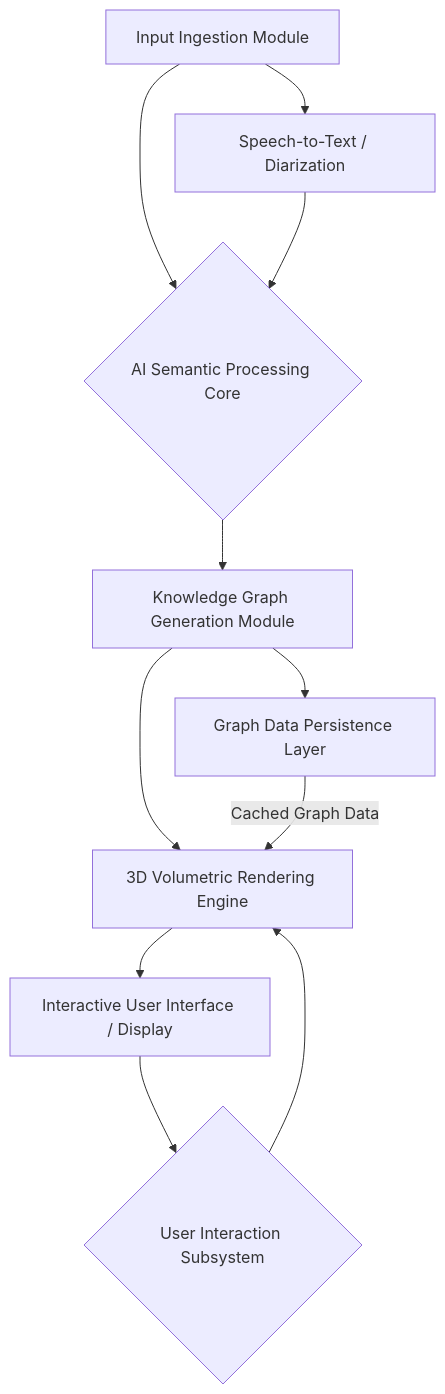
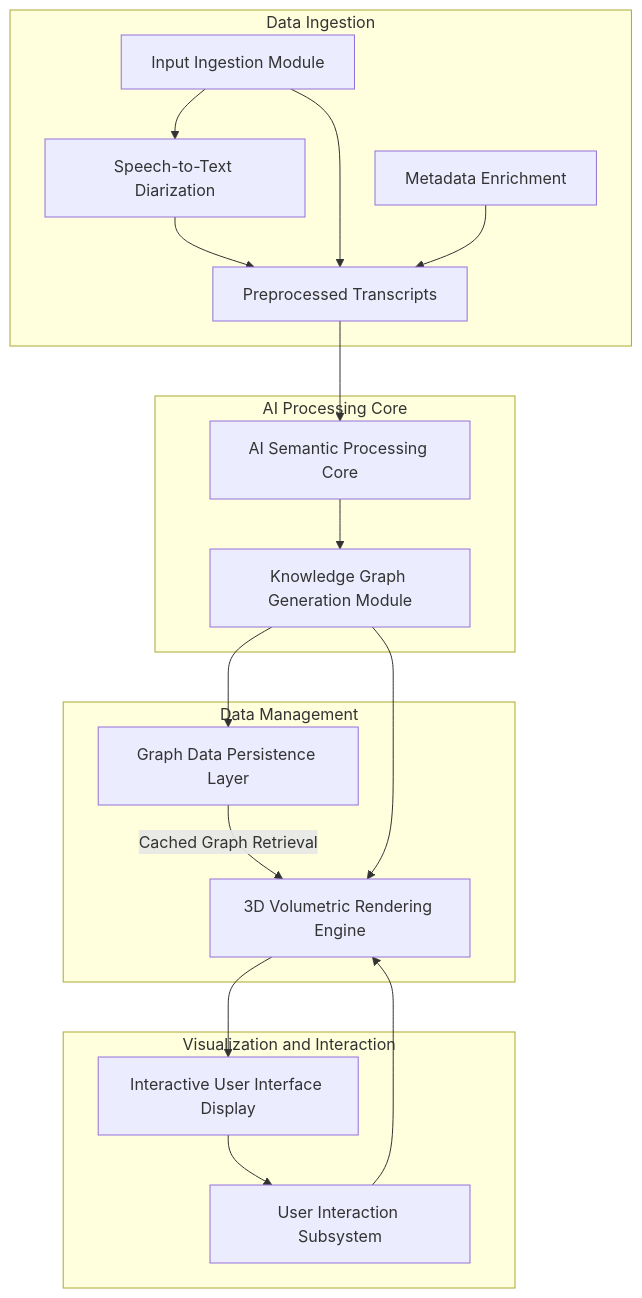
The first of 7 diagrams in inventions/012_holographic_meeting_scribe.md (diplomat-bit/Citibank_Demo_Business_Inc_Demonstration-), drawn with Mermaid before and after one commit. The commit also changed other lines of this file, not shown here.

````diff
--- a/inventions/012_holographic_meeting_scribe.md
+++ b/inventions/012_holographic_meeting_scribe.md
@@ -20,13 +20,26 @@
 ```mermaid
 graph TD
-    A[Input Ingestion Module] --> B{AI Semantic Processing Core};
-    B --> C[Knowledge Graph Generation Module];
-    C --> D[Graph Data Persistence Layer];
-    C --> E[3D Volumetric Rendering Engine];
-    E --> F[Interactive User Interface / Display];
-    F --> G{User Interaction Subsystem};
-    G --> E;
-    D -- Cached Graph Data --> E;
-    A --> A1[Speech-to-Text / Diarization];
-    A1 --> B;
+    subgraph Data Ingestion
+        A[Input Ingestion Module] --> A1[Speech-to-Text Diarization];
+        A1 --> B_PREP[Preprocessed Transcripts];
+        A --> B_PREP;
+        A_METADATA[Metadata Enrichment] --> B_PREP;
+    end
+
+    subgraph AI Processing Core
+        B_PREP --> B[AI Semantic Processing Core];
+        B --> C[Knowledge Graph Generation Module];
+    end
+
+    subgraph Data Management
+        C --> D[Graph Data Persistence Layer];
+        D -- Cached Graph Retrieval --> E[3D Volumetric Rendering Engine];
+    end
+
+    subgraph Visualization and Interaction
+        C --> E;
+        E --> F[Interactive User Interface Display];
+        F --> G[User Interaction Subsystem];
+        G --> E;
+    end
 ```
````
